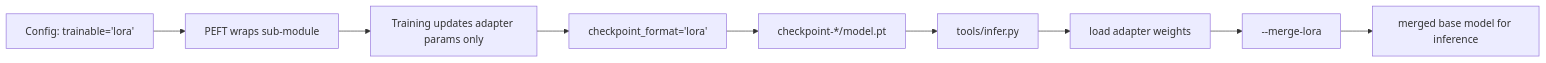
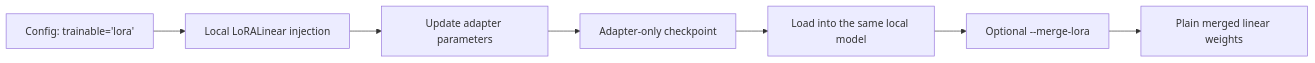
Before and after one commit to ZeyuLing/HFTrainer: the diagram in docs/en/lora.md, drawn with Mermaid. The commit also changed other lines of this file and 486 other files, not shown here.

````diff
--- a/docs/en/lora.md
+++ b/docs/en/lora.md
@@ -67,11 +72,9 @@
 ```mermaid
 flowchart LR
-    A["Config: trainable='lora'"] --> B["PEFT wraps sub-module"]
-    B --> C["Training updates adapter params only"]
-    C --> D["checkpoint_format='lora'"]
-    D --> E["checkpoint-*/model.pt"]
-    E --> F["tools/infer.py"]
-    F --> G["load adapter weights"]
-    G --> H["--merge-lora"]
-    H --> I["merged base model for inference"]
+    A["Config: trainable='lora'"] --> B["Local LoRALinear injection"]
+    B --> C["Update adapter parameters"]
+    C --> D["Adapter-only checkpoint"]
+    D --> E["Load into the same local model"]
+    E --> F["Optional --merge-lora"]
+    F --> G["Plain merged linear weights"]
 ```
````
